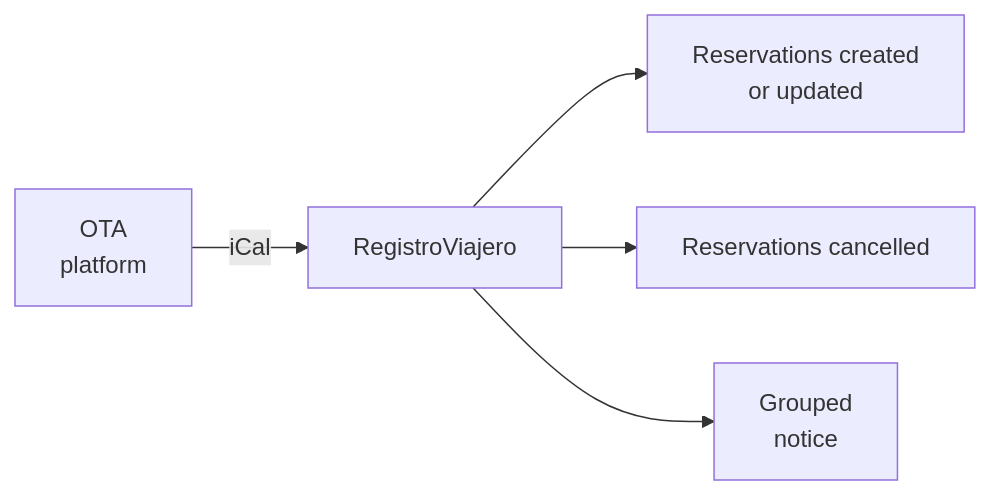
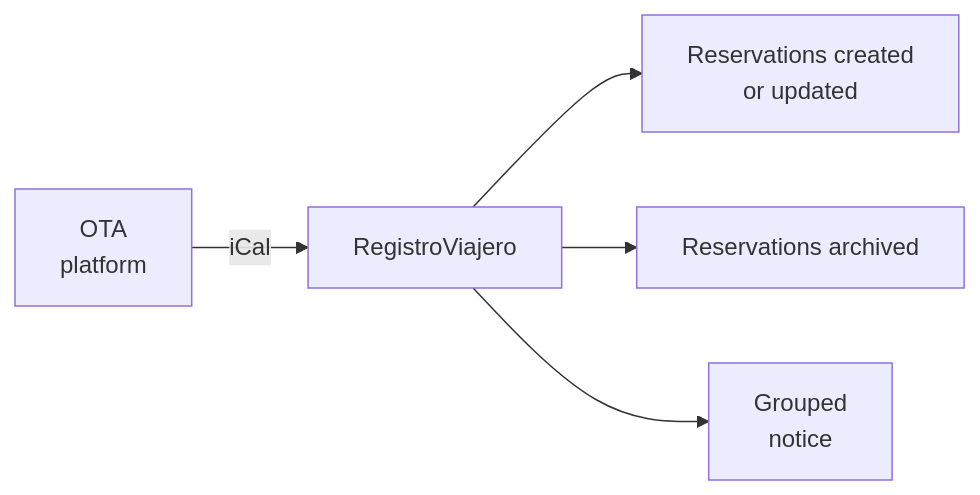
Before and after one commit to registroviajero/help: the diagram in docs/en/guide/ical.md, drawn with Mermaid. The commit also changed other lines of this file and 21 other files, not shown here.

````diff
--- a/docs/en/guide/ical.md
+++ b/docs/en/guide/ical.md
@@ -39,7 +39,7 @@
 ```mermaid
 flowchart LR
   OTA[OTA<br/>platform] -- iCal --> RV[RegistroViajero]
   RV --> N[Reservations created<br/>or updated]
-  RV --> C[Reservations cancelled]
+  RV --> C[Reservations archived]
   RV --> K[Grouped<br/>notice]
 ```
````
